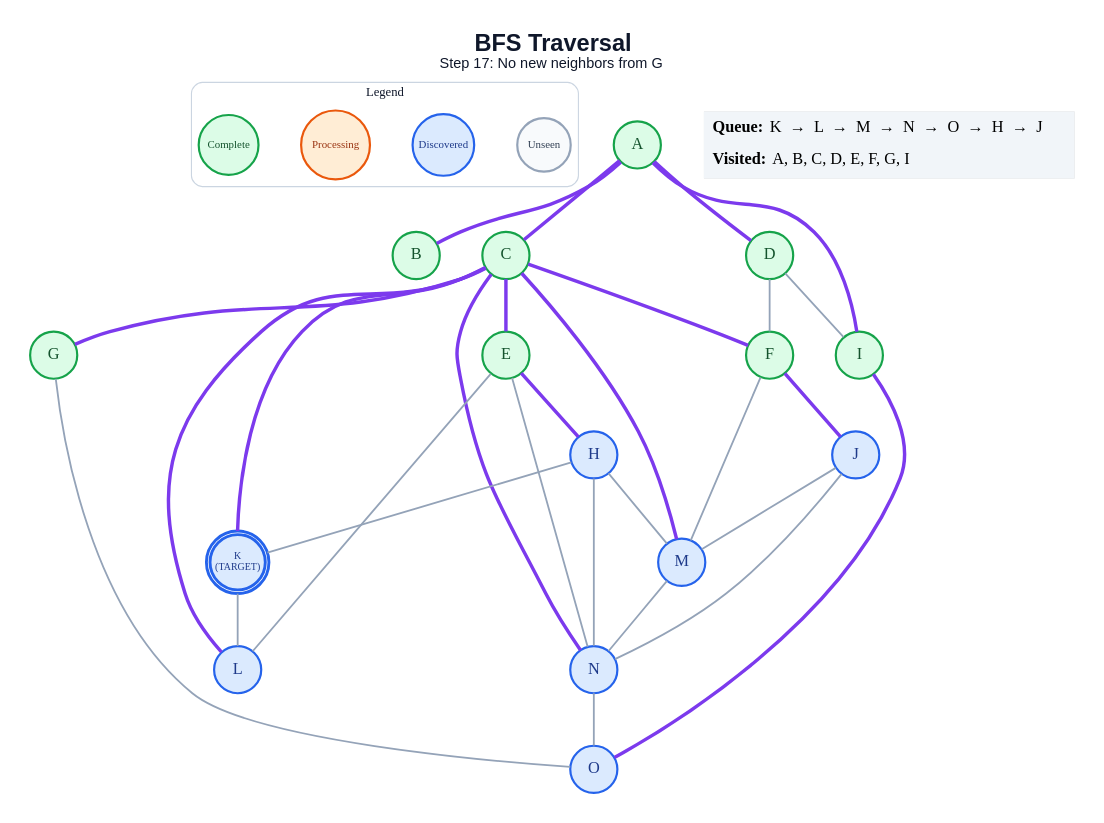
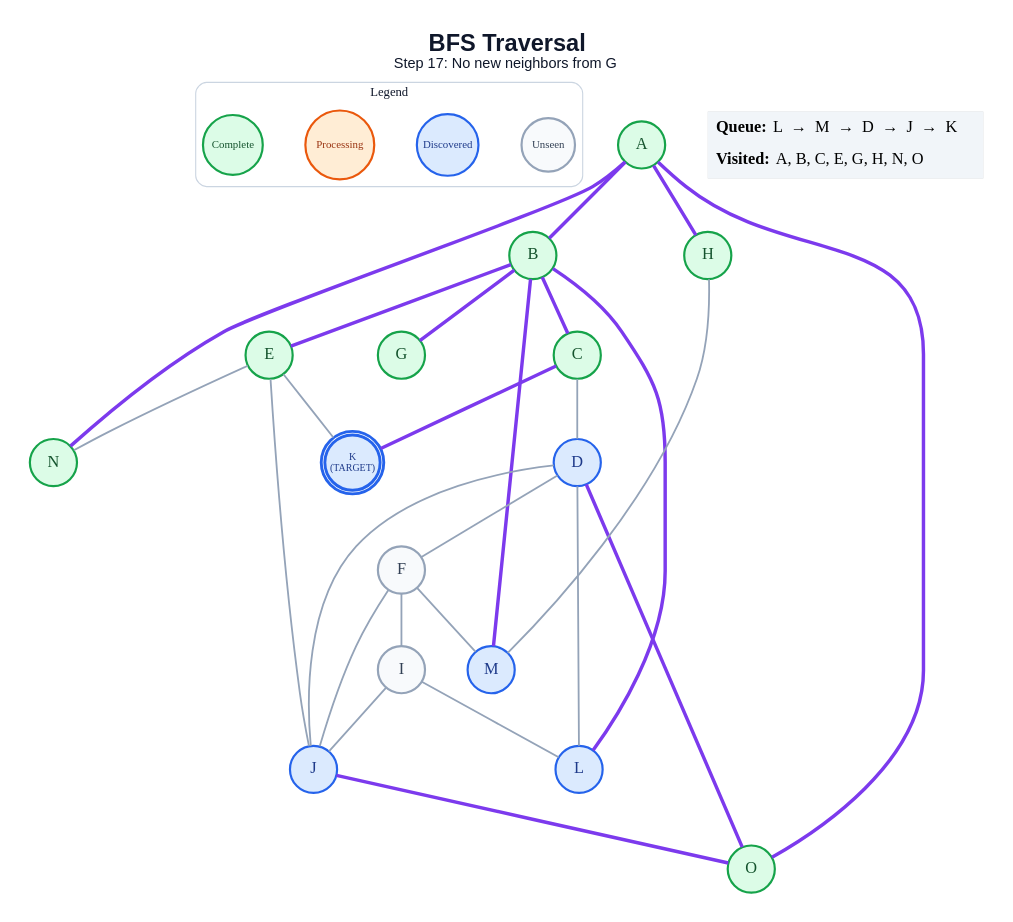
The diagram in generated/specific-node/bfs/step_17.dot (anon7238593-create/ai-slop), drawn with Graphviz before and after one commit. The commit also changed 248 other files, not shown here.

```diff
--- a/generated/specific-node/bfs/step_17.dot
+++ b/generated/specific-node/bfs/step_17.dot
@@ -1,62 +1,59 @@
 graph traversal {
   graph [layout=dot, rankdir=TB, bgcolor="#FFFFFF", pad="0.35", nodesep="0.65", ranksep="0.8", fontname="Arial"];
   node [shape=circle, style="filled", fontname="Arial Bold", fontsize=18, width=0.72, fixedsize=true, penwidth=2.4];
   edge [color="#94A3B8", penwidth=2.0];
   label=<<B>BFS Traversal</B><BR/><FONT POINT-SIZE="16">Step 17: No new neighbors from G</FONT>>; labelloc="t"; fontsize=26; fontname="Arial"; fontcolor="#0F172A";
   subgraph cluster_legend { label="Legend"; color="#CBD5E1"; penwidth=1.2; style="rounded"; fontsize=14; fontname="Arial Bold";
     key_unseen [label="Unseen", fillcolor="#F8FAFC", color="#94A3B8", fontcolor="#334155", fontsize=12, width=0.82];
     key_frontier [label="Discovered", fillcolor="#DBEAFE", color="#2563EB", fontcolor="#1E3A8A", fontsize=12, width=0.95];
     key_current [label="Processing", fillcolor="#FFEDD5", color="#EA580C", fontcolor="#9A3412", fontsize=12, width=1.05];
     key_done [label="Complete", fillcolor="#DCFCE7", color="#16A34A", fontcolor="#14532D", fontsize=12, width=0.92];
     { rank=same; key_unseen; key_frontier; key_current; key_done; }
   }
   A [label="A", fillcolor="#DCFCE7", color="#16A34A", fontcolor="#14532D", peripheries=1, penwidth=2.4];
   B [label="B", fillcolor="#DCFCE7", color="#16A34A", fontcolor="#14532D", peripheries=1, penwidth=2.4];
   C [label="C", fillcolor="#DCFCE7", color="#16A34A", fontcolor="#14532D", peripheries=1, penwidth=2.4];
-  D [label="D", fillcolor="#DCFCE7", color="#16A34A", fontcolor="#14532D", peripheries=1, penwidth=2.4];
+  D [label="D", fillcolor="#DBEAFE", color="#2563EB", fontcolor="#1E3A8A", peripheries=1, penwidth=2.4];
   E [label="E", fillcolor="#DCFCE7", color="#16A34A", fontcolor="#14532D", peripheries=1, penwidth=2.4];
-  F [label="F", fillcolor="#DCFCE7", color="#16A34A", fontcolor="#14532D", peripheries=1, penwidth=2.4];
+  F [label="F", fillcolor="#F8FAFC", color="#94A3B8", fontcolor="#334155", peripheries=1, penwidth=2.4];
   G [label="G", fillcolor="#DCFCE7", color="#16A34A", fontcolor="#14532D", peripheries=1, penwidth=2.4];
-  H [label="H", fillcolor="#DBEAFE", color="#2563EB", fontcolor="#1E3A8A", peripheries=1, penwidth=2.4];
-  I [label="I", fillcolor="#DCFCE7", color="#16A34A", fontcolor="#14532D", peripheries=1, penwidth=2.4];
+  H [label="H", fillcolor="#DCFCE7", color="#16A34A", fontcolor="#14532D", peripheries=1, penwidth=2.4];
+  I [label="I", fillcolor="#F8FAFC", color="#94A3B8", fontcolor="#334155", peripheries=1, penwidth=2.4];
   J [label="J", fillcolor="#DBEAFE", color="#2563EB", fontcolor="#1E3A8A", peripheries=1, penwidth=2.4];
   K [label="K\n(TARGET)", fillcolor="#DBEAFE", color="#2563EB", fontcolor="#1E3A8A", peripheries=2, penwidth=3.2, fontsize=11, width=0.85, height=0.85];
   L [label="L", fillcolor="#DBEAFE", color="#2563EB", fontcolor="#1E3A8A", peripheries=1, penwidth=2.4];
   M [label="M", fillcolor="#DBEAFE", color="#2563EB", fontcolor="#1E3A8A", peripheries=1, penwidth=2.4];
-  N [label="N", fillcolor="#DBEAFE", color="#2563EB", fontcolor="#1E3A8A", peripheries=1, penwidth=2.4];
-  O [label="O", fillcolor="#DBEAFE", color="#2563EB", fontcolor="#1E3A8A", peripheries=1, penwidth=2.4];
+  N [label="N", fillcolor="#DCFCE7", color="#16A34A", fontcolor="#14532D", peripheries=1, penwidth=2.4];
+  O [label="O", fillcolor="#DCFCE7", color="#16A34A", fontcolor="#14532D", peripheries=1, penwidth=2.4];
   A -- B [color="#7C3AED", penwidth=3.8];
-  A -- C [color="#7C3AED", penwidth=3.8];
-  A -- D [color="#7C3AED", penwidth=3.8];
-  A -- I [color="#7C3AED", penwidth=3.8];
-  C -- E [color="#7C3AED", penwidth=3.8];
-  C -- F [color="#7C3AED", penwidth=3.8];
-  C -- G [color="#7C3AED", penwidth=3.8];
+  A -- H [color="#7C3AED", penwidth=3.8];
+  A -- N [color="#7C3AED", penwidth=3.8];
+  A -- O [color="#7C3AED", penwidth=3.8];
+  B -- C [color="#7C3AED", penwidth=3.8];
+  B -- E [color="#7C3AED", penwidth=3.8];
+  B -- G [color="#7C3AED", penwidth=3.8];
+  B -- L [color="#7C3AED", penwidth=3.8];
+  B -- M [color="#7C3AED", penwidth=3.8];
+  C -- D;
   C -- K [color="#7C3AED", penwidth=3.8];
-  C -- L [color="#7C3AED", penwidth=3.8];
-  C -- M [color="#7C3AED", penwidth=3.8];
-  C -- N [color="#7C3AED", penwidth=3.8];
   D -- F;
-  D -- I;
-  E -- H [color="#7C3AED", penwidth=3.8];
-  E -- L;
+  D -- J;
+  D -- L;
+  D -- O [color="#7C3AED", penwidth=3.8];
+  E -- J;
+  E -- K;
   E -- N;
-  F -- J [color="#7C3AED", penwidth=3.8];
+  F -- I;
+  F -- J;
   F -- M;
-  G -- O;
-  H -- K;
   H -- M;
-  H -- N;
-  I -- O [color="#7C3AED", penwidth=3.8];
-  J -- M;
-  J -- N;
-  K -- L;
-  M -- N;
-  N -- O;
+  I -- J;
+  I -- L;
+  J -- O [color="#7C3AED", penwidth=3.8];
   status [shape=plain, fixedsize=false, width=0, height=0, margin=0, label=<
     <TABLE BORDER="0" CELLBORDER="0" CELLPADDING="7" BGCOLOR="#F1F5F9">
-      <TR><TD ALIGN="LEFT"><B>Queue:</B> K  →  L  →  M  →  N  →  O  →  H  →  J</TD></TR>
-      <TR><TD ALIGN="LEFT"><B>Visited:</B> A, B, C, D, E, F, G, I</TD></TR>
+      <TR><TD ALIGN="LEFT"><B>Queue:</B> L  →  M  →  D  →  J  →  K</TD></TR>
+      <TR><TD ALIGN="LEFT"><B>Visited:</B> A, B, C, E, G, H, N, O</TD></TR>
     </TABLE>
   >];
 }
```
